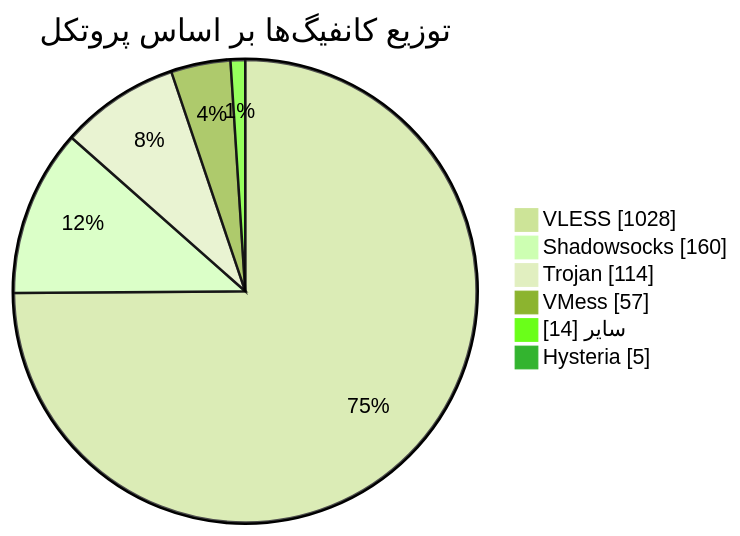
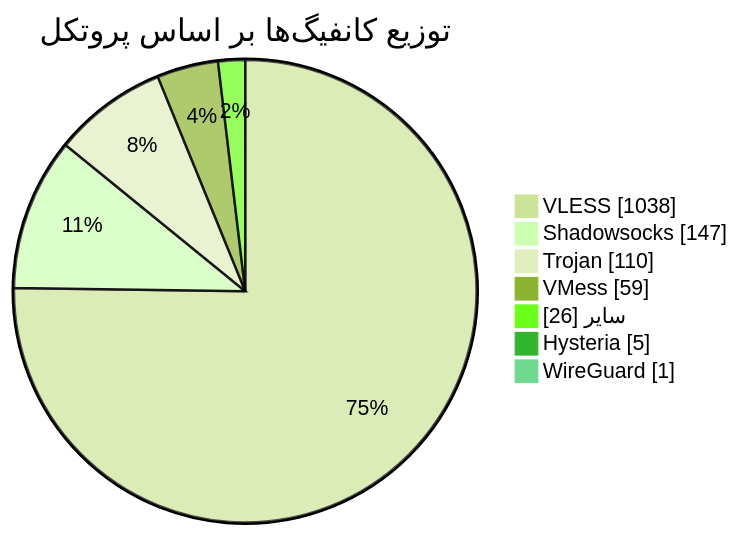
The diagram in README.md (Arian-Alijani/Somthing), drawn with Mermaid (forest theme) before and after one commit. The commit also changed other lines of this file and 113 other files, not shown here.

````diff
--- a/README.md
+++ b/README.md
@@ -50,10 +51,11 @@
 ```mermaid
 pie showData
     title توزیع کانفیگ‌ها بر اساس پروتکل
-    "VLESS" : 1028
-    "Shadowsocks" : 160
-    "Trojan" : 114
-    "VMess" : 57
-    "سایر" : 14
+    "VLESS" : 1038
+    "Shadowsocks" : 147
+    "Trojan" : 110
+    "VMess" : 59
+    "سایر" : 26
     "Hysteria" : 5
+    "WireGuard" : 1
 ```
````
